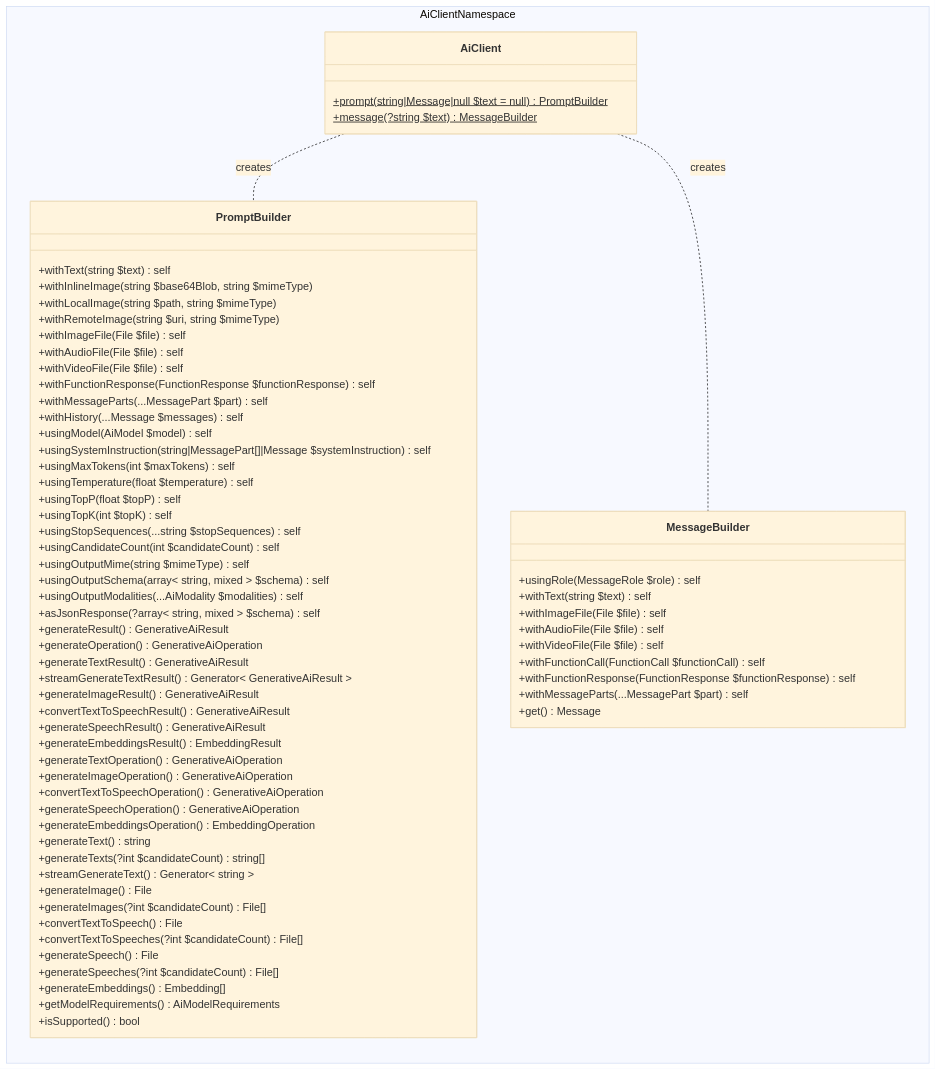
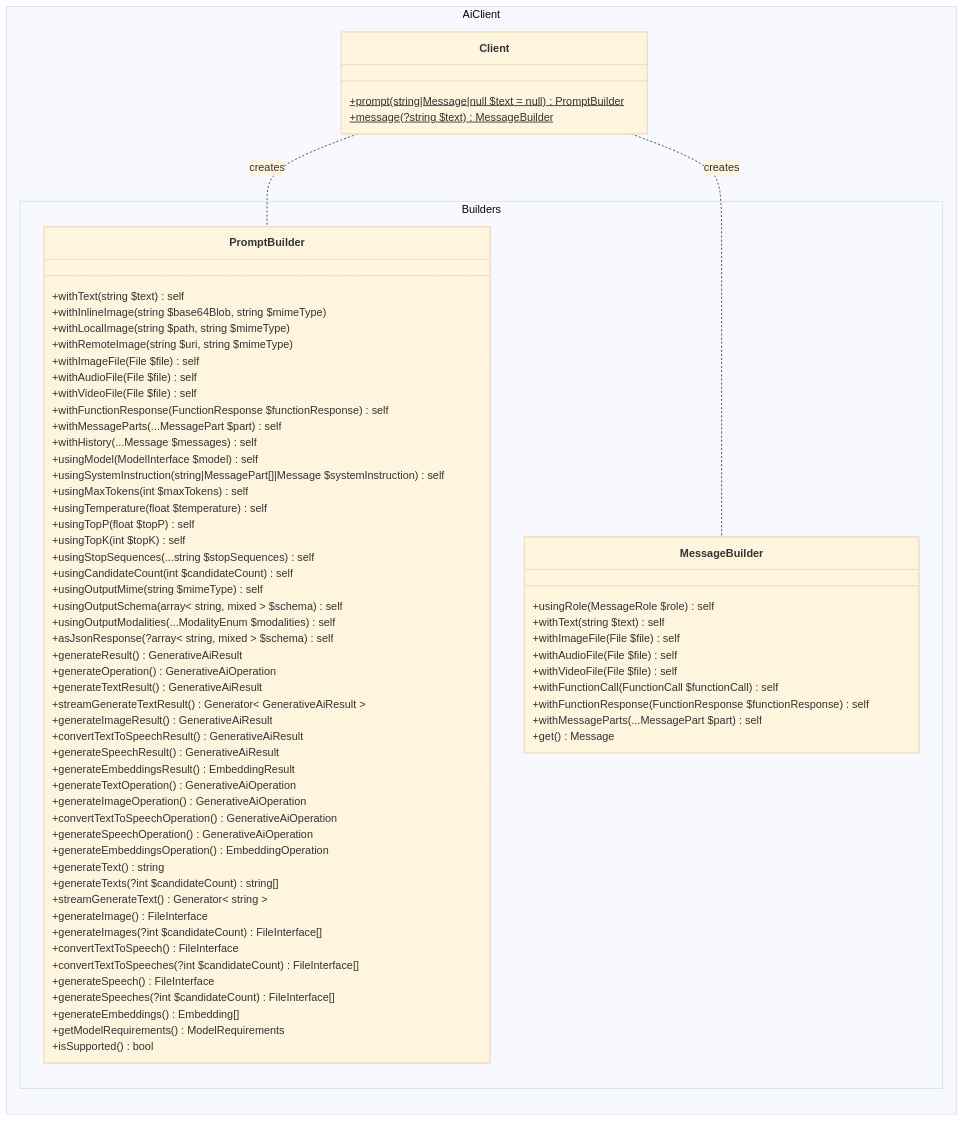
One commit to WordPress/php-ai-client changed the first of 5 diagrams in docs/ARCHITECTURE.md. Above: the diagram before and after it, drawn with Mermaid (base theme). The commit also changed other lines of this file, not shown here.

````diff
--- a/docs/ARCHITECTURE.md
+++ b/docs/ARCHITECTURE.md
@@ -288,80 +288,82 @@
 ```mermaid
 ---
 config:
   class:
     hideEmptyMembersBox: true
 ---
 classDiagram
 direction LR
-    namespace AiClientNamespace {
-        class AiClient {
+    namespace AiClient {
+        class Client {
             +prompt(string|Message|null $text = null) PromptBuilder$
             +message(?string $text) MessageBuilder$
         }
+    }
 
+    namespace AiClient.Builders {
         class PromptBuilder {
             +withText(string $text) self
             +withInlineImage(string $base64Blob, string $mimeType)
             +withLocalImage(string $path, string $mimeType)
             +withRemoteImage(string $uri, string $mimeType)
             +withImageFile(File $file) self
             +withAudioFile(File $file) self
             +withVideoFile(File $file) self
             +withFunctionResponse(FunctionResponse $functionResponse) self
             +withMessageParts(...MessagePart $part) self
             +withHistory(...Message $messages) self
-            +usingModel(AiModel $model) self
+            +usingModel(ModelInterface $model) self
             +usingSystemInstruction(string|MessagePart[]|Message $systemInstruction) self
             +usingMaxTokens(int $maxTokens) self
             +usingTemperature(float $temperature) self
             +usingTopP(float $topP) self
             +usingTopK(int $topK) self
             +usingStopSequences(...string $stopSequences) self
             +usingCandidateCount(int $candidateCount) self
             +usingOutputMime(string $mimeType) self
             +usingOutputSchema(array< string, mixed > $schema) self
-            +usingOutputModalities(...AiModality $modalities) self
+            +usingOutputModalities(...ModalityEnum $modalities) self
             +asJsonResponse(?array< string, mixed > $schema) self
             +generateResult() GenerativeAiResult
             +generateOperation() GenerativeAiOperation
             +generateTextResult() GenerativeAiResult
             +streamGenerateTextResult() Generator< GenerativeAiResult >
             +generateImageResult() GenerativeAiResult
             +convertTextToSpeechResult() GenerativeAiResult
             +generateSpeechResult() GenerativeAiResult
             +generateEmbeddingsResult() EmbeddingResult
             +generateTextOperation() GenerativeAiOperation
             +generateImageOperation() GenerativeAiOperation
             +convertTextToSpeechOperation() GenerativeAiOperation
             +generateSpeechOperation() GenerativeAiOperation
             +generateEmbeddingsOperation() EmbeddingOperation
             +generateText() string
             +generateTexts(?int $candidateCount) string[]
             +streamGenerateText() Generator< string >
-            +generateImage() File
-            +generateImages(?int $candidateCount) File[]
-            +convertTextToSpeech() File
-            +convertTextToSpeeches(?int $candidateCount) File[]
-            +generateSpeech() File
-            +generateSpeeches(?int $candidateCount) File[]
+            +generateImage() FileInterface
+            +generateImages(?int $candidateCount) FileInterface[]
+            +convertTextToSpeech() FileInterface
+            +convertTextToSpeeches(?int $candidateCount) FileInterface[]
+            +generateSpeech() FileInterface
+            +generateSpeeches(?int $candidateCount) FileInterface[]
             +generateEmbeddings() Embedding[]
-            +getModelRequirements() AiModelRequirements
+            +getModelRequirements() ModelRequirements
             +isSupported() bool
         }
 
         class MessageBuilder {
             +usingRole(MessageRole $role) self
             +withText(string $text) self
             +withImageFile(File $file) self
             +withAudioFile(File $file) self
             +withVideoFile(File $file) self
             +withFunctionCall(FunctionCall $functionCall) self
             +withFunctionResponse(FunctionResponse $functionResponse) self
             +withMessageParts(...MessagePart $part) self
             +get() Message
         }
     }
 
-    AiClient .. PromptBuilder : creates
-    AiClient .. MessageBuilder : creates
+    Client .. PromptBuilder : creates
+    Client .. MessageBuilder : creates
 ```
````
